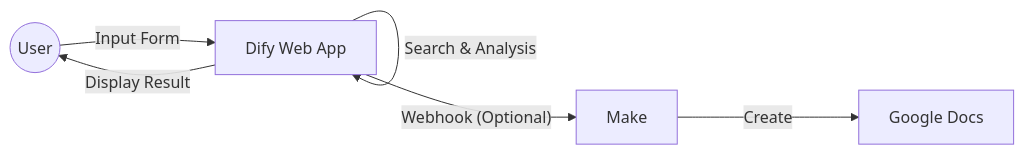
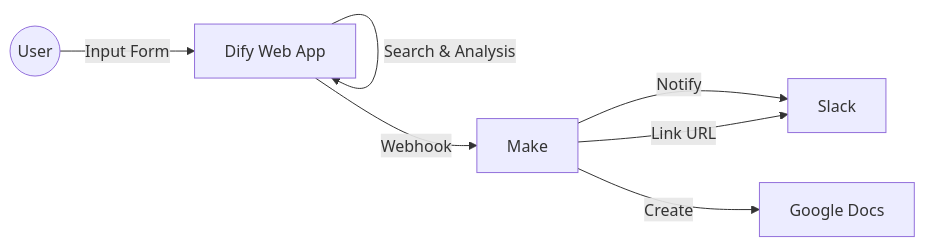
Before and after one commit to riku-1218/sales-pathfinder: the diagram in README.md, drawn with Mermaid. The commit also changed other lines of this file, not shown here.

Commit message:
Docs: Make integrations (Make/Docs/Slack) mandatory in README

````diff
--- a/README.md
+++ b/README.md
@@ -15,8 +14,9 @@
 ```mermaid
 graph LR
     User((User)) -->|Input Form| Dify[Dify Web App]
     Dify -->|Search & Analysis| Dify
-    Dify -->|Display Result| User
-    Dify -->|"Webhook (Optional)"| Make
+    Dify -->|Webhook| Make
+    Make -->|Notify| Slack
     Make -->|Create| GDocs[Google Docs]
+    Make -->|Link URL| Slack
 ```
````
